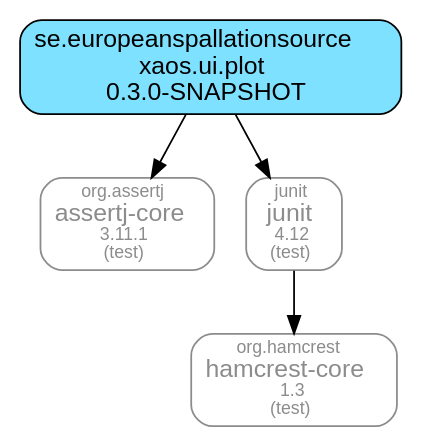
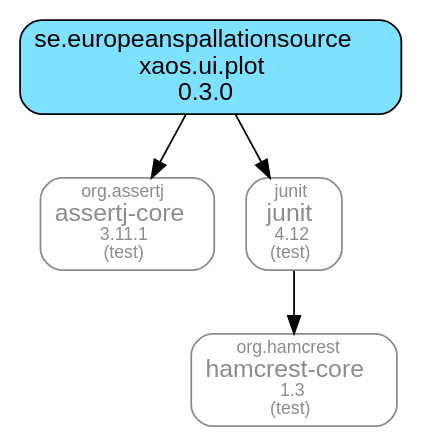
Before and after one commit to ESSICS/XAOS: the diagram in xaos.ui.plot.module/doc/maven-dependencies.dot, drawn with Graphviz. The commit also changed 15 other files, not shown here.

```diff
--- a/xaos.ui.plot.module/doc/maven-dependencies.dot
+++ b/xaos.ui.plot.module/doc/maven-dependencies.dot
@@ -1,15 +1,15 @@
 digraph "xaos.ui.plot" {
   node [shape="box",style="rounded",fontname="Helvetica",fontsize="14"]
   edge [fontsize="10",fontname="Helvetica"]
 
   // Node Definitions:
-  "se.europeanspallationsource:xaos.ui.plot:jar"[shape="box",style="rounded, filled",fillcolor="#7DE1FF",label=<se.europeanspallationsource<br/>xaos.ui.plot<br/>0.3.0-SNAPSHOT>]
+  "se.europeanspallationsource:xaos.ui.plot:jar"[shape="box",style="rounded, filled",fillcolor="#7DE1FF",label=<se.europeanspallationsource<br/>xaos.ui.plot<br/>0.3.0>]
   "org.assertj:assertj-core:jar"[shape="box",style="rounded",color="grey55",fontname="Helvetica",fontsize="14",fontcolor="grey55",label=<<font color="grey55" point-size="10">org.assertj</font><br/>assertj-core<font color="grey55" point-size="10"><br/>3.11.1</font><font color="grey55" point-size="10"><br/>(test)</font>>]
   "junit:junit:jar"[shape="box",style="rounded",color="grey55",fontname="Helvetica",fontsize="14",fontcolor="grey55",label=<<font color="grey55" point-size="10">junit</font><br/>junit<font color="grey55" point-size="10"><br/>4.12</font><font color="grey55" point-size="10"><br/>(test)</font>>]
   "org.hamcrest:hamcrest-core:jar"[shape="box",style="rounded",color="grey55",fontname="Helvetica",fontsize="14",fontcolor="grey55",label=<<font color="grey55" point-size="10">org.hamcrest</font><br/>hamcrest-core<font color="grey55" point-size="10"><br/>1.3</font><font color="grey55" point-size="10"><br/>(test)</font>>]
 
   // Edge Definitions:
   "se.europeanspallationsource:xaos.ui.plot:jar" -> "org.assertj:assertj-core:jar"
   "junit:junit:jar" -> "org.hamcrest:hamcrest-core:jar"
   "se.europeanspallationsource:xaos.ui.plot:jar" -> "junit:junit:jar"
 }
```
